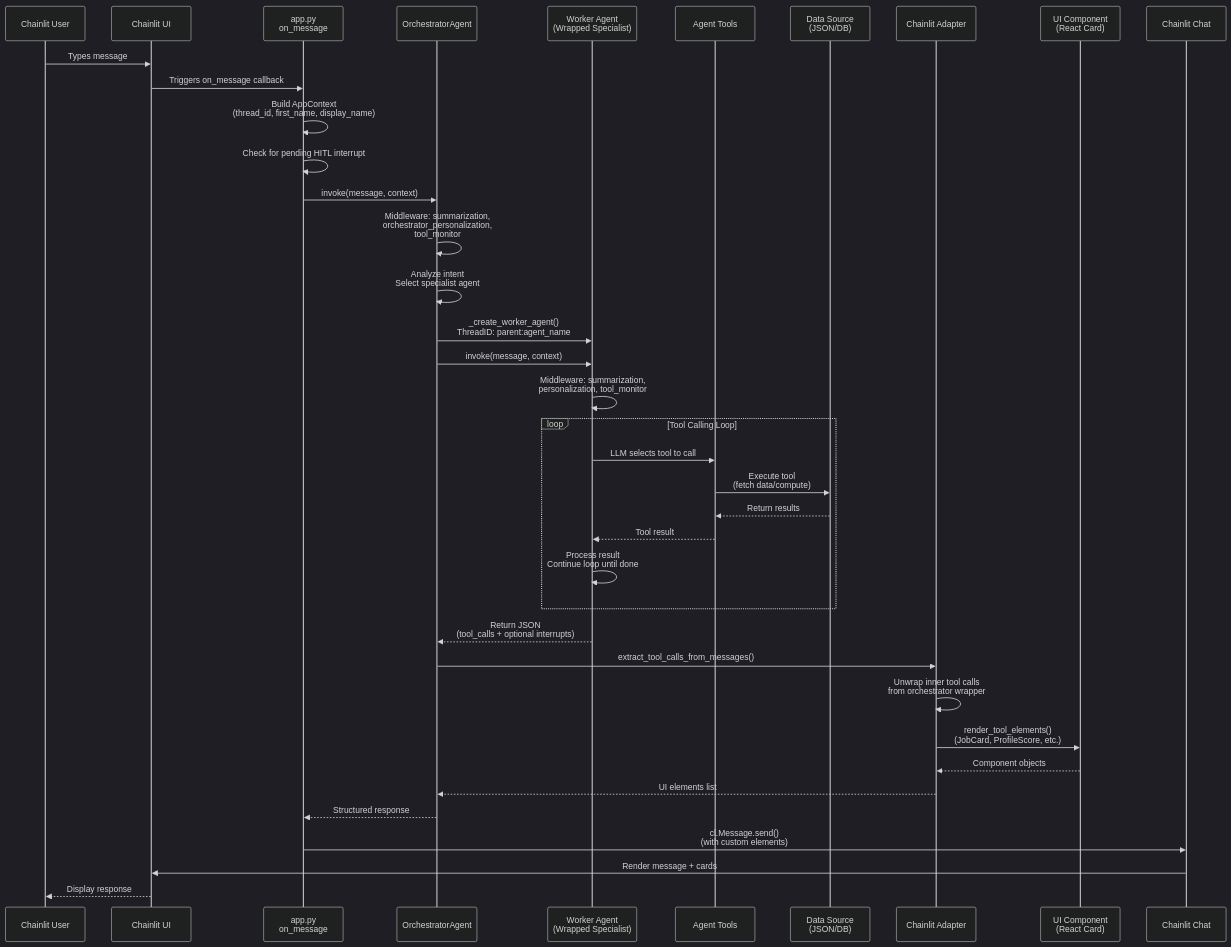
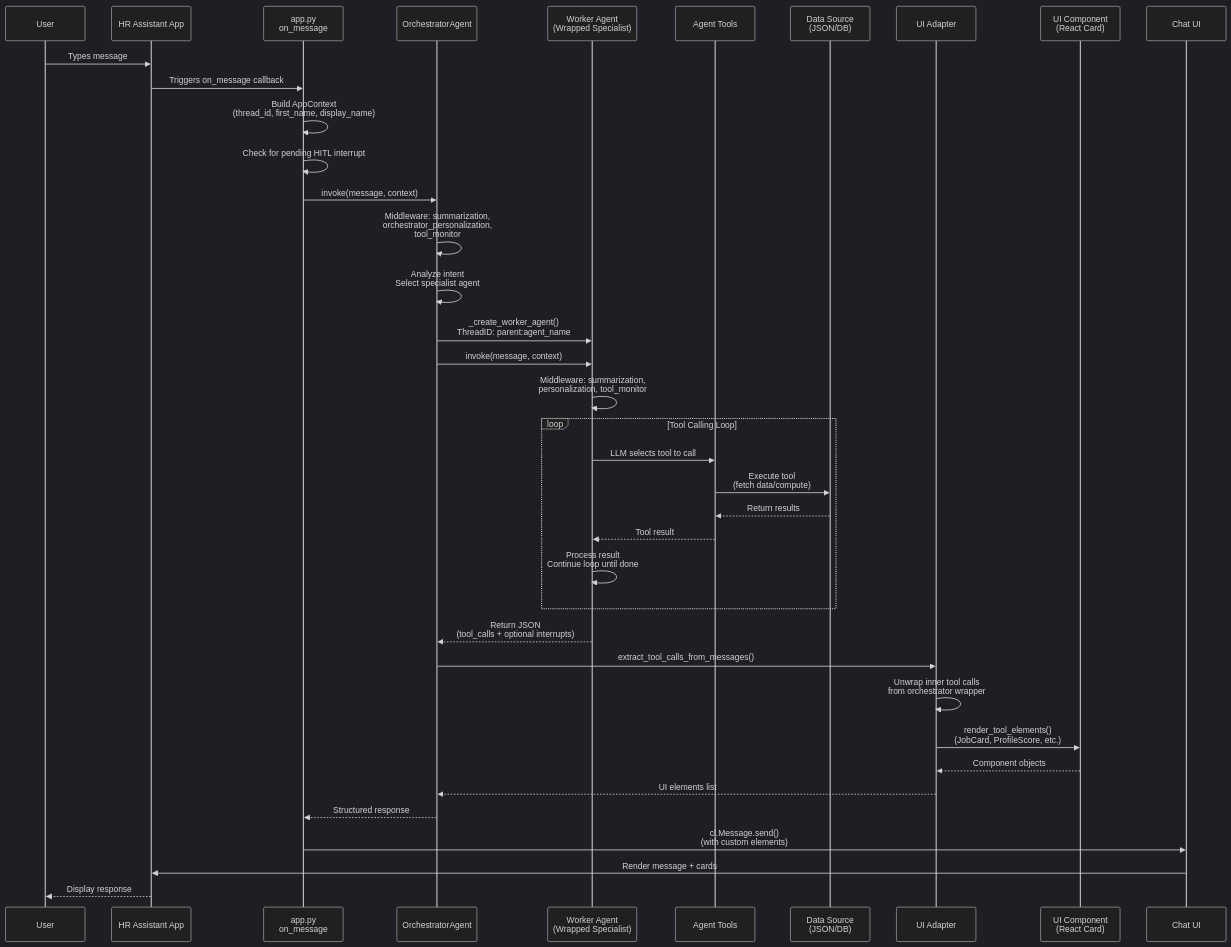
Before and after one commit to savipk/autochat: the first of 2 diagrams in docs/architecture/02-message-flow.md, drawn with Mermaid (dark theme). The commit also changed other lines of this file and 14 other files, not shown here.

````diff
--- a/docs/architecture/02-message-flow.md
+++ b/docs/architecture/02-message-flow.md
@@ -7,50 +7,50 @@
 ```mermaid
 sequenceDiagram
-    participant User as Chainlit User
-    participant UI as Chainlit UI
+    participant User as User
+    participant UI as HR Assistant App
     participant AppPy as app.py<br/>on_message
     participant Orchestrator as OrchestratorAgent
     participant Worker as Worker Agent<br/>(Wrapped Specialist)
     participant Tools as Agent Tools
     participant DataSrc as Data Source<br/>(JSON/DB)
-    participant Adapter as Chainlit Adapter
+    participant Adapter as UI Adapter
     participant CardComponent as UI Component<br/>(React Card)
-    participant ResponseUI as Chainlit Chat
+    participant ResponseUI as Chat UI
 
     User->>UI: Types message
     UI->>AppPy: Triggers on_message callback
     AppPy->>AppPy: Build AppContext<br/>(thread_id, first_name, display_name)
     AppPy->>AppPy: Check for pending HITL interrupt
     AppPy->>Orchestrator: invoke(message, context)
 
     Orchestrator->>Orchestrator: Middleware: summarization,<br/>orchestrator_personalization,<br/>tool_monitor
     Orchestrator->>Orchestrator: Analyze intent<br/>Select specialist agent
 
     Orchestrator->>Worker: _create_worker_agent()<br/>ThreadID: parent:agent_name
     Orchestrator->>Worker: invoke(message, context)
 
     Worker->>Worker: Middleware: summarization,<br/>personalization, tool_monitor
 
     loop Tool Calling Loop
         Worker->>Tools: LLM selects tool to call
         Tools->>DataSrc: Execute tool<br/>(fetch data/compute)
         DataSrc-->>Tools: Return results
         Tools-->>Worker: Tool result
         Worker->>Worker: Process result<br/>Continue loop until done
     end
 
     Worker-->>Orchestrator: Return JSON<br/>(tool_calls + optional interrupts)
 
     Orchestrator->>Adapter: extract_tool_calls_from_messages()
     Adapter->>Adapter: Unwrap inner tool calls<br/>from orchestrator wrapper
     Adapter->>CardComponent: render_tool_elements()<br/>(JobCard, ProfileScore, etc.)
     CardComponent-->>Adapter: Component objects
 
     Adapter-->>Orchestrator: UI elements list
 
     Orchestrator-->>AppPy: Structured response
 
     AppPy->>ResponseUI: cl.Message.send()<br/>(with custom elements)
     ResponseUI->>UI: Render message + cards
     UI-->>User: Display response
 ```
````
